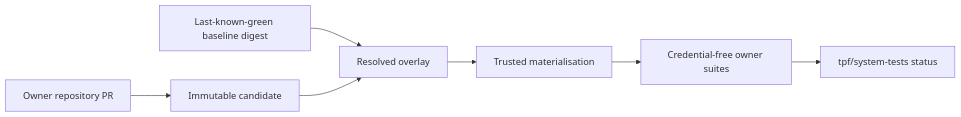
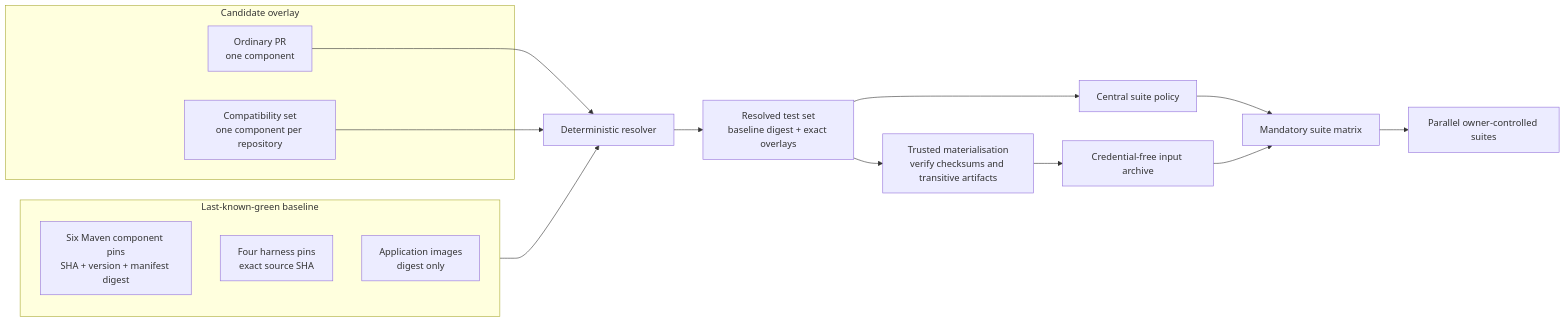
Before and after one commit to The-Pipeline-Framework/pipelineframework: the third of 4 diagrams in docs/evolve/cross-repository-system-tests.md, drawn with Mermaid. The commit also changed other lines of this file and 17 other files, not shown here.

Commit message:
Harden cross-repository system-test orchestration

````diff
--- a/docs/evolve/cross-repository-system-tests.md
+++ b/docs/evolve/cross-repository-system-tests.md
@@ -7,9 +160,24 @@
 ```mermaid
 flowchart LR
-    PR[Owner repository PR] --> C[Immutable candidate]
-    B[Last-known-green baseline digest] --> O[Resolved overlay]
-    C --> O
-    O --> M[Trusted materialisation]
-    M --> T[Credential-free owner suites]
-    T --> S[tpf/system-tests status]
+    subgraph Baseline[Last-known-green baseline]
+        MavenPins[Six Maven component pins<br/>SHA + version + manifest digest]
+        HarnessPins[Four harness pins<br/>exact source SHA]
+        ImagePins[Application images<br/>digest only]
+    end
+
+    subgraph Overlay[Candidate overlay]
+        One[Ordinary PR<br/>one component]
+        Many[Compatibility set<br/>one component per repository]
+    end
+
+    Baseline --> Resolver[Deterministic resolver]
+    One --> Resolver
+    Many --> Resolver
+    Resolver --> Resolved[Resolved test set<br/>baseline digest + exact overlays]
+    Resolved --> Materialise[Trusted materialisation<br/>verify checksums and transitive artifacts]
+    Materialise --> Inputs[Credential-free input archive]
+    Resolved --> Policy[Central suite policy]
+    Policy --> Matrix[Mandatory suite matrix]
+    Inputs --> Matrix
+    Matrix --> Run[Parallel owner-controlled suites]
 ```
````
